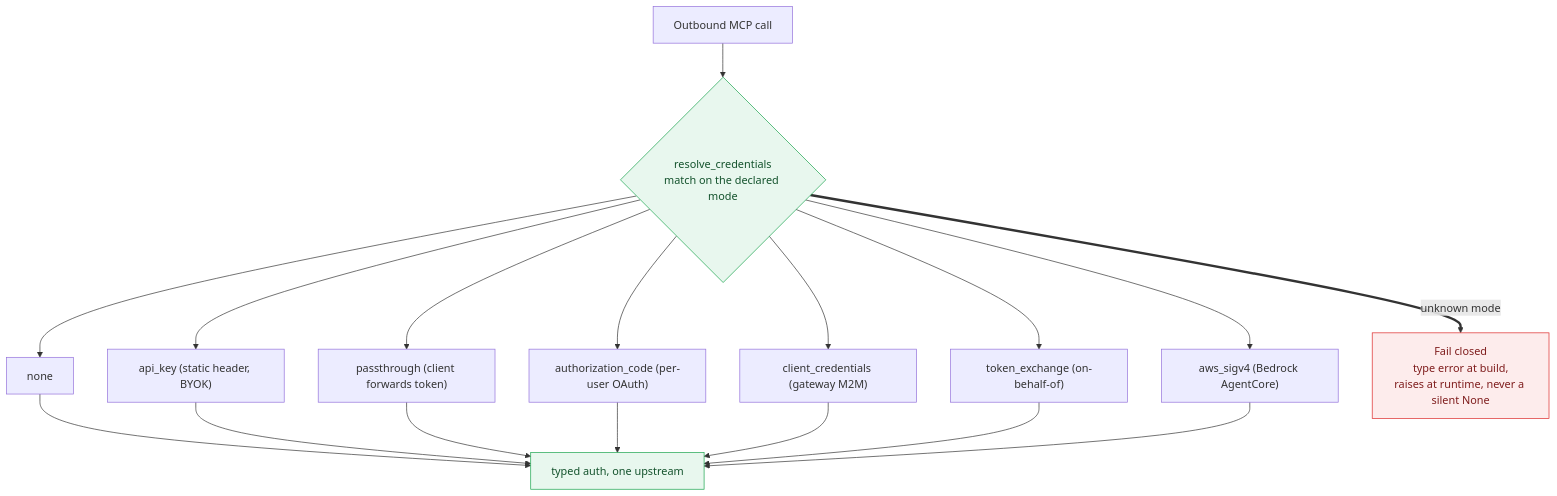
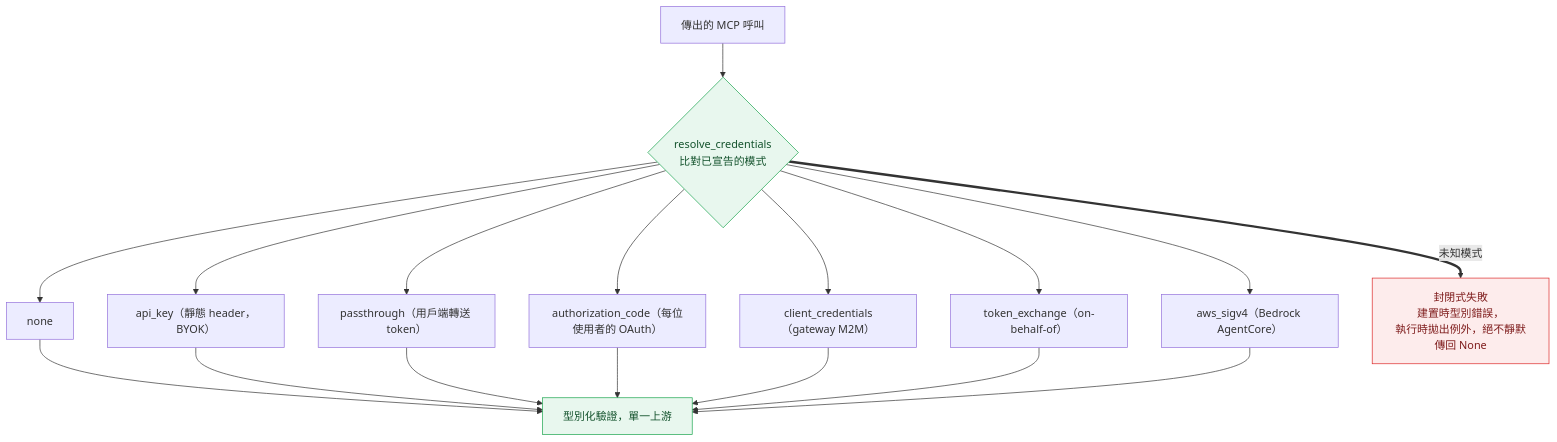
One commit to doggy8088/litellm-docs changed the second of 3 diagrams in blog/two_week_stability_update/index.md. Above: the diagram before and after it, drawn with Mermaid. The commit also changed other lines of this file and 1957 other files, not shown here.

````diff
--- a/blog/two_week_stability_update/index.md
+++ b/blog/two_week_stability_update/index.md
@@ -55,17 +55,17 @@
 ```mermaid
 flowchart TD
-  Req["Outbound MCP call"] --> R{"resolve_credentials<br/>match on the declared mode"}
+  Req["傳出的 MCP 呼叫"] --> R{"resolve_credentials<br/>比對已宣告的模式"}
   R --> m1["none"]
-  R --> m2["api_key (static header, BYOK)"]
-  R --> m3["passthrough (client forwards token)"]
-  R --> m4["authorization_code (per-user OAuth)"]
-  R --> m5["client_credentials (gateway M2M)"]
-  R --> m6["token_exchange (on-behalf-of)"]
-  R --> m7["aws_sigv4 (Bedrock AgentCore)"]
-  R ==>|unknown mode| X["Fail closed<br/>type error at build,<br/>raises at runtime, never a silent None"]
-  m1 & m2 & m3 & m4 & m5 & m6 & m7 --> Auth["typed auth, one upstream"]
+  R --> m2["api_key（靜態 header，BYOK）"]
+  R --> m3["passthrough（用戶端轉送 token）"]
+  R --> m4["authorization_code（每位使用者的 OAuth）"]
+  R --> m5["client_credentials（gateway M2M）"]
+  R --> m6["token_exchange（on-behalf-of）"]
+  R --> m7["aws_sigv4（Bedrock AgentCore）"]
+  R ==>|未知模式| X["封閉式失敗<br/>建置時型別錯誤，<br/>執行時拋出例外，絕不靜默傳回 None"]
+  m1 & m2 & m3 & m4 & m5 & m6 & m7 --> Auth["型別化驗證，單一上游"]
   classDef good fill:#e8f7ee,stroke:#16a34a,color:#14532d;
   classDef bad fill:#fdecec,stroke:#dc2626,color:#7f1d1d;
   class R,Auth good;
   class X bad;
 ```
````
